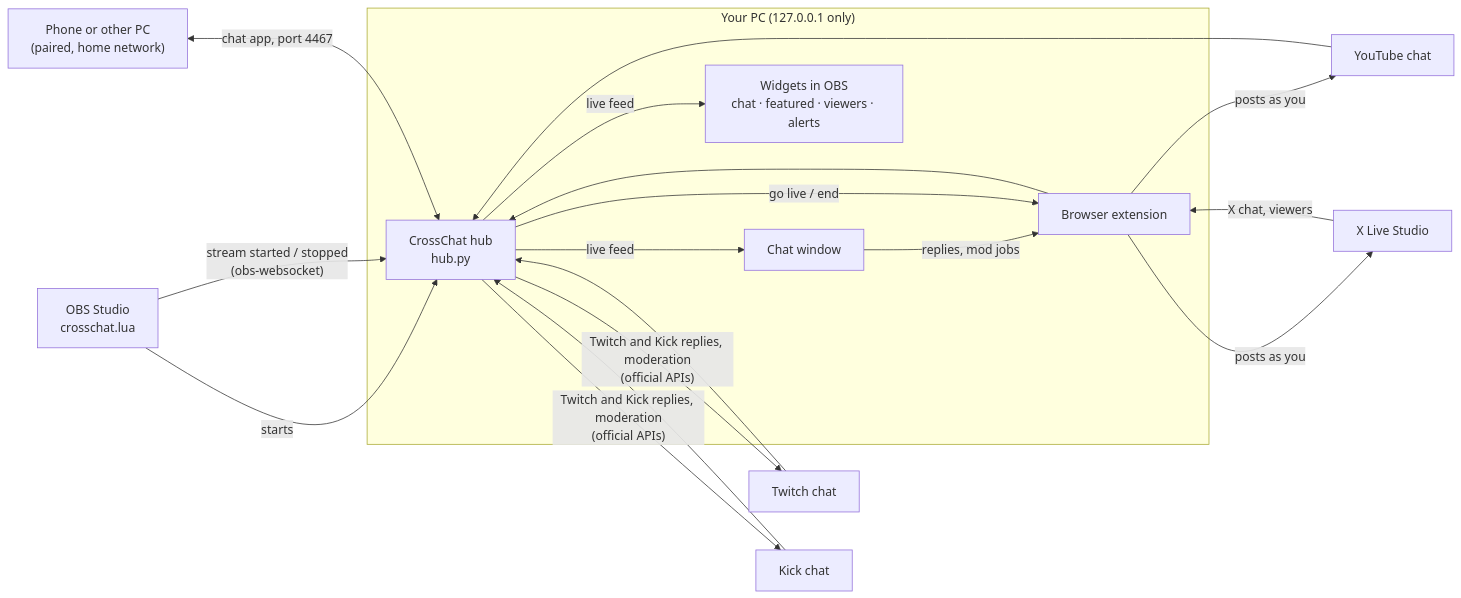
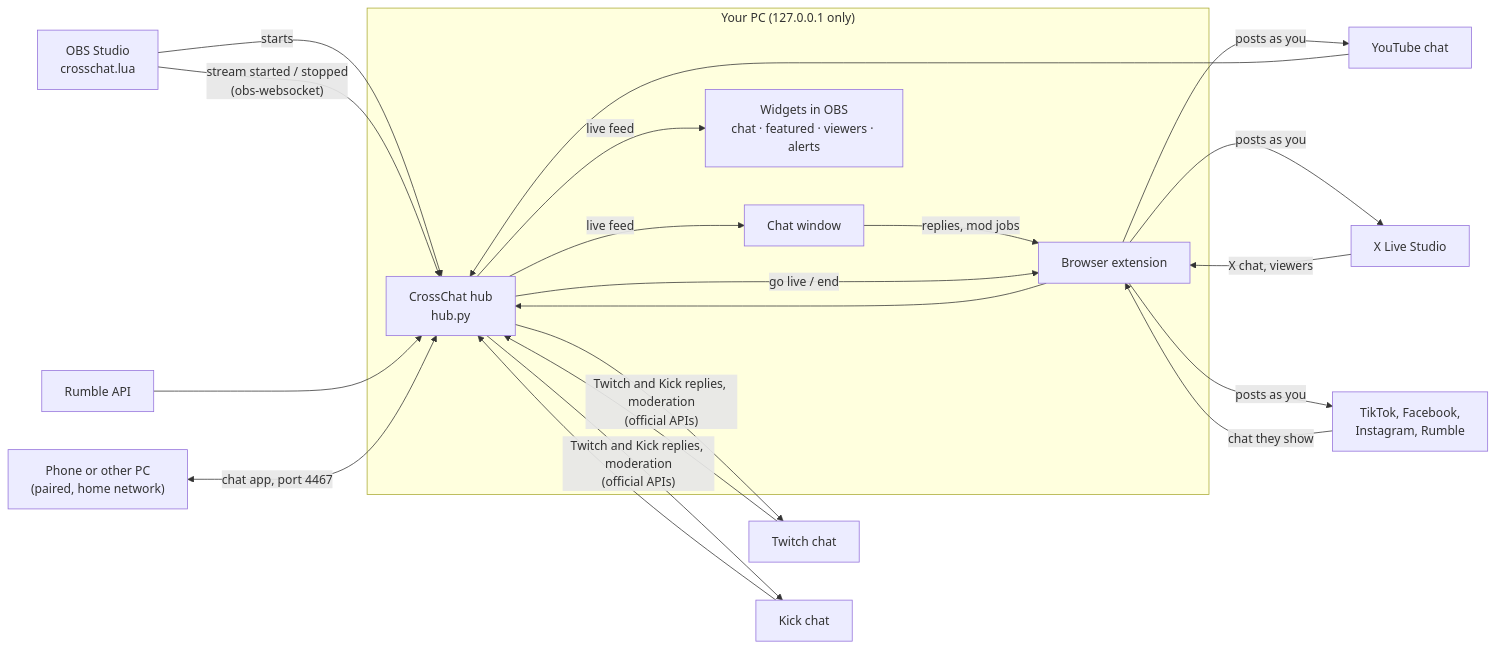
The diagram in README.md (RandyNorthrup/crosschat-obs), drawn with Mermaid before and after one commit. The commit also changed other lines of this file and 15 other files, not shown here.

````diff
--- a/README.md
+++ b/README.md
@@ -470,22 +474,24 @@
 ```mermaid
 flowchart LR
   OBS["OBS Studio<br/>crosschat.lua"] -- starts --> HUB
   OBS -- "stream started / stopped<br/>(obs-websocket)" --> HUB
   subgraph PC["Your PC (127.0.0.1 only)"]
     HUB["CrossChat hub<br/>hub.py"]
     WIN["Chat window"]
     WID["Widgets in OBS<br/>chat · featured · viewers · alerts"]
     EXT["Browser extension"]
   end
   TW["Twitch chat"] --> HUB
   YT["YouTube chat"] --> HUB
   KI["Kick chat"] --> HUB
+  RU["Rumble API"] --> HUB
   PH["Phone or other PC<br/>(paired, home network)"] <-- "chat app, port 4467" --> HUB
   HUB -- live feed --> WIN
   HUB -- live feed --> WID
   WIN -- "replies, mod jobs" --> EXT
   HUB -- "Twitch and Kick replies, moderation<br/>(official APIs)" --> TW & KI
-  EXT -- posts as you --> YT & XS["X Live Studio"]
+  EXT -- posts as you --> YT & XS["X Live Studio"] & PG["TikTok, Facebook,<br/>Instagram, Rumble"]
   XS -- "X chat, viewers" --> EXT --> HUB
+  PG -- "chat they show" --> EXT
   HUB -- "go live / end" --> EXT
 ```
````
